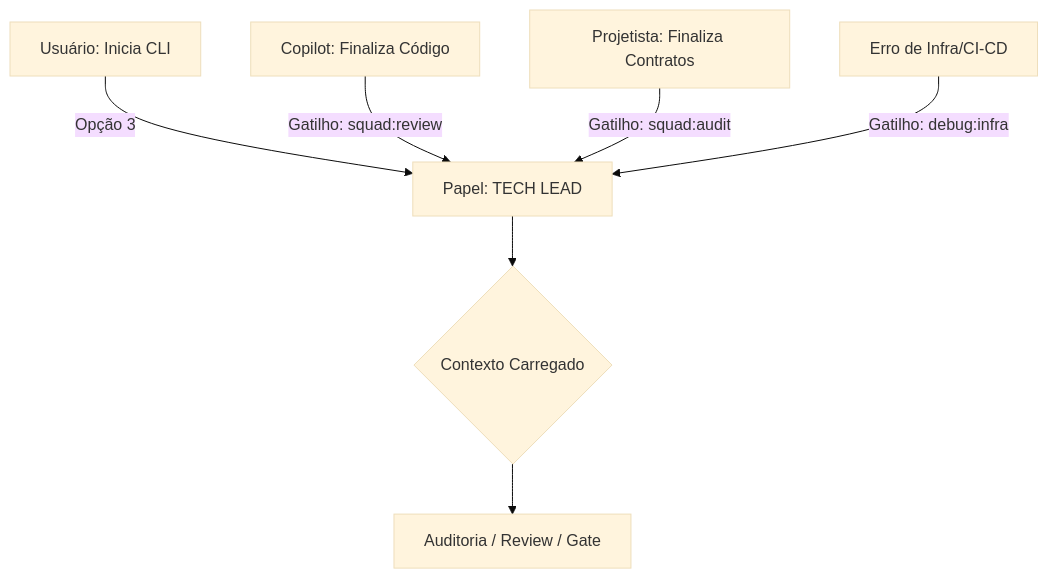
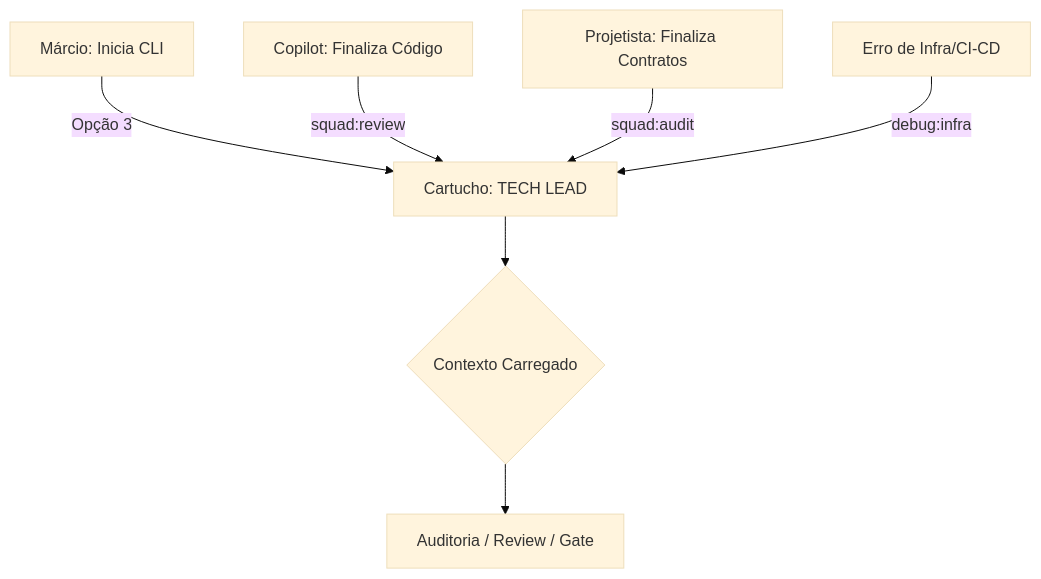
The diagram in beehive/roles/tech-lead.md (marcio012/hive), drawn with Mermaid (base theme) before and after one commit. The commit also changed other lines of this file and 6 other files, not shown here.

````diff
--- a/beehive/roles/tech-lead.md
+++ b/beehive/roles/tech-lead.md
@@ -9,9 +14,9 @@
 ```mermaid
 flowchart TD
-    A["Usuário: Inicia CLI"] -->|"Opção 3"| B[Papel: TECH LEAD]
-    C["Copilot: Finaliza Código"] -->|Gatilho: squad:review| B
-    D["Projetista: Finaliza Contratos"] -->|Gatilho: squad:audit| B
-    E["Erro de Infra/CI-CD"] -->|Gatilho: debug:infra| B
+    A["Márcio: Inicia CLI"] -->|"Opção 3"| B[Cartucho: TECH LEAD]
+    C["Copilot: Finaliza Código"] -->|"squad:review"| B
+    D["Projetista: Finaliza Contratos"] -->|"squad:audit"| B
+    E["Erro de Infra/CI-CD"] -->|"debug:infra"| B
     B --> F{Contexto Carregado}
     F --> G["Auditoria / Review / Gate"]
 ```
````
